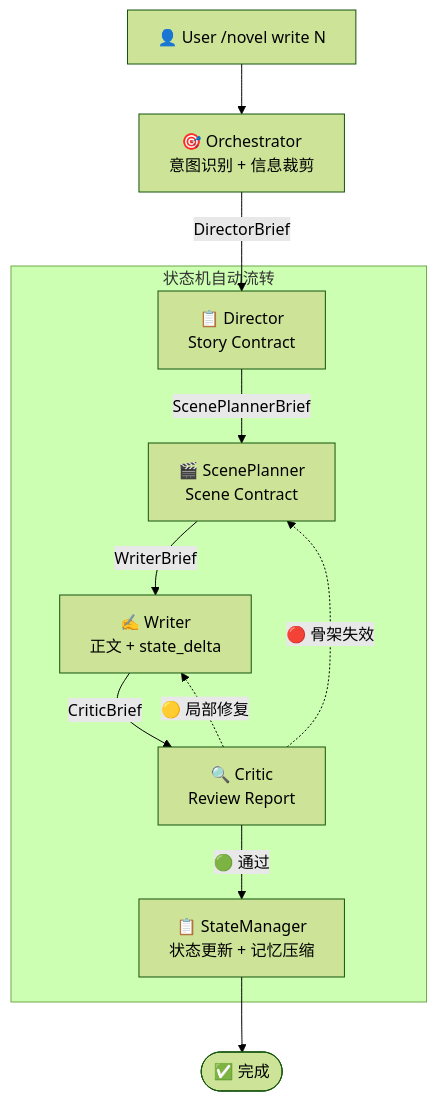
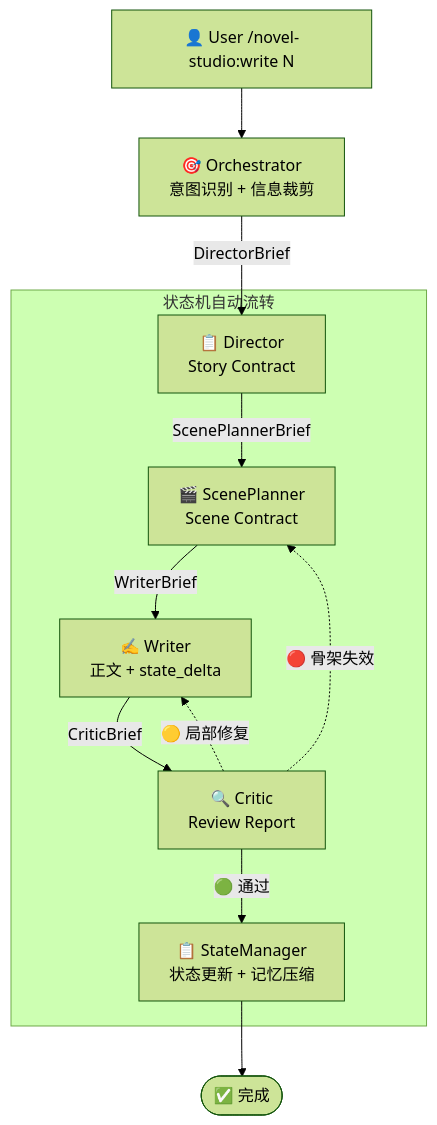
One commit to deathwhispers/novel-studio changed the diagram in README.md. Above: the diagram before and after it, drawn with Mermaid (forest theme). The commit also changed other lines of this file and 24 other files, not shown here.

````diff
--- a/README.md
+++ b/README.md
@@ -9,24 +9,24 @@
 ```mermaid
 flowchart TD
-    User["👤 User /novel write N"]
+    User["👤 User /novel-studio:write N"]
     Orchestrator["🎯 Orchestrator<br/>意图识别 + 信息裁剪"]
 
     User --> Orchestrator
 
     subgraph Pipeline["状态机自动流转"]
         Director["📋 Director<br/>Story Contract"]
         ScenePlanner["🎬 ScenePlanner<br/>Scene Contract"]
         Writer["✍️ Writer<br/>正文 + state_delta"]
         Critic["🔍 Critic<br/>Review Report"]
         StateManager["📋 StateManager<br/>状态更新 + 记忆压缩"]
     end
 
     Orchestrator -->|"DirectorBrief"| Director
     Director -->|"ScenePlannerBrief"| ScenePlanner
     ScenePlanner -->|"WriterBrief"| Writer
     Writer -->|"CriticBrief"| Critic
     Critic -->|"🟢 通过"| StateManager
     Critic -.->|"🟡 局部修复"| Writer
     Critic -.->|"🔴 骨架失效"| ScenePlanner
     StateManager --> Done(["✅ 完成"])
 ```
````
